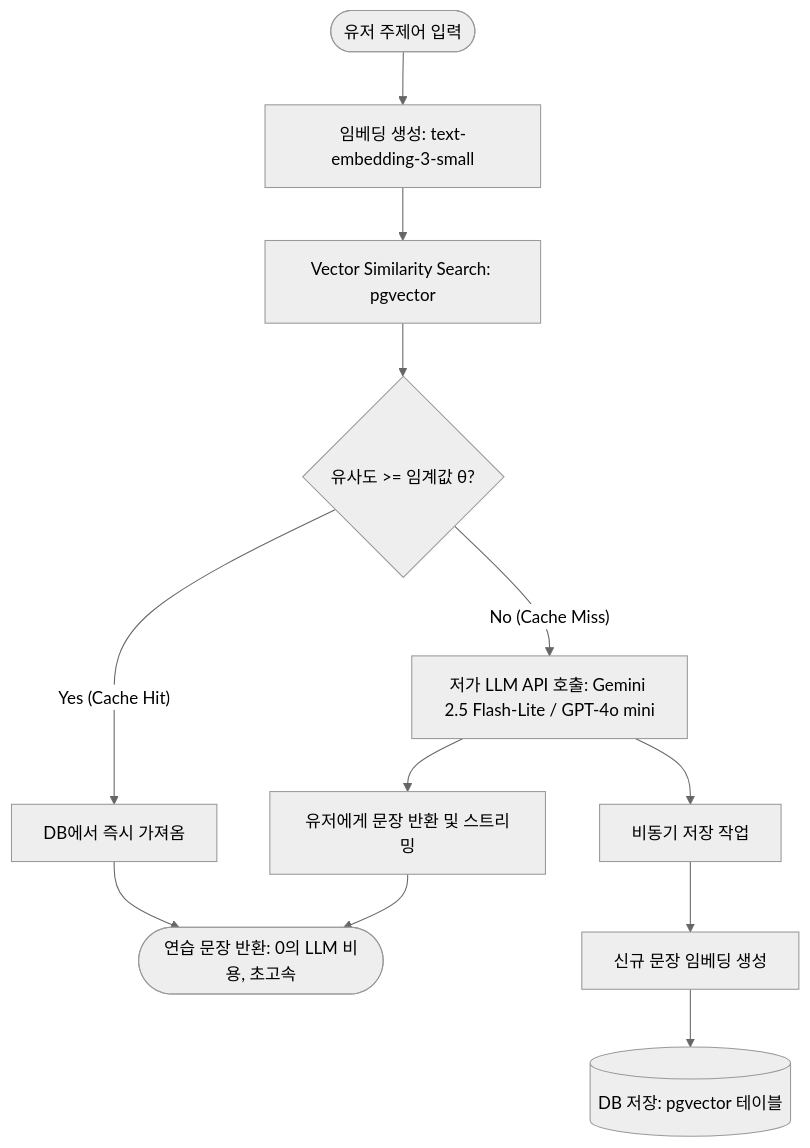
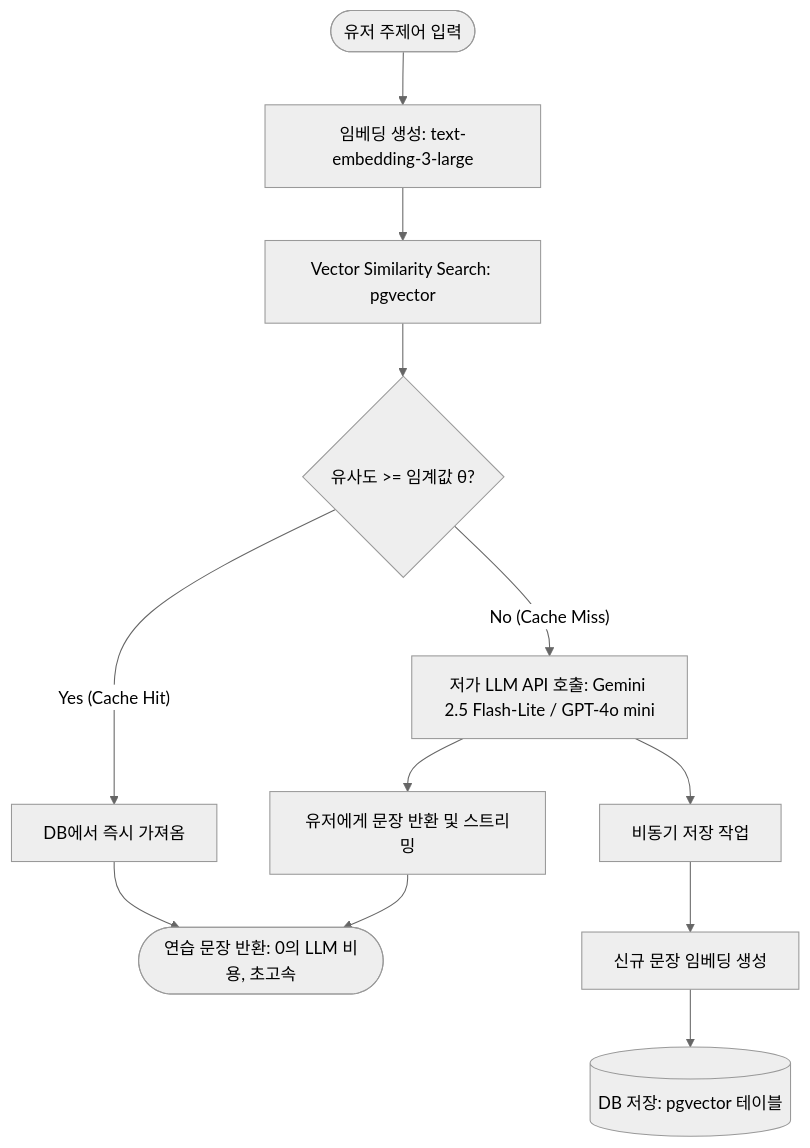
One commit to JSkutor/typediag changed the diagram in docs/TYPING_MODES.md. Above: the diagram before and after it, drawn with Mermaid (neutral theme). The commit also changed other lines of this file and 3 other files, not shown here.

````diff
--- a/docs/TYPING_MODES.md
+++ b/docs/TYPING_MODES.md
@@ -86,17 +86,17 @@
 ```mermaid
 graph TD
-    UserInput([유저 주제어 입력]) --> Embedding[임베딩 생성: text-embedding-3-small]
+    UserInput([유저 주제어 입력]) --> Embedding[임베딩 생성: text-embedding-3-large]
     Embedding --> VectorSearch[Vector Similarity Search: pgvector]
     
     VectorSearch --> MatchCheck{유사도 >= 임계값 θ?}
     
     MatchCheck -- Yes (Cache Hit) --> DBReturn[DB에서 즉시 가져옴]
     DBReturn --> End([연습 문장 반환: 0의 LLM 비용, 초고속])
     
     MatchCheck -- No (Cache Miss) --> LLMCall[저가 LLM API 호출: Gemini 2.5 Flash-Lite / GPT-4o mini]
     LLMCall --> ReturnStream[유저에게 문장 반환 및 스트리밍]
     LLMCall --> AsyncJob[비동기 저장 작업]
     AsyncJob --> NewEmbedding[신규 문장 임베딩 생성]
     NewEmbedding --> DBSave[(DB 저장: pgvector 테이블)]
     ReturnStream --> End
 ```
````
